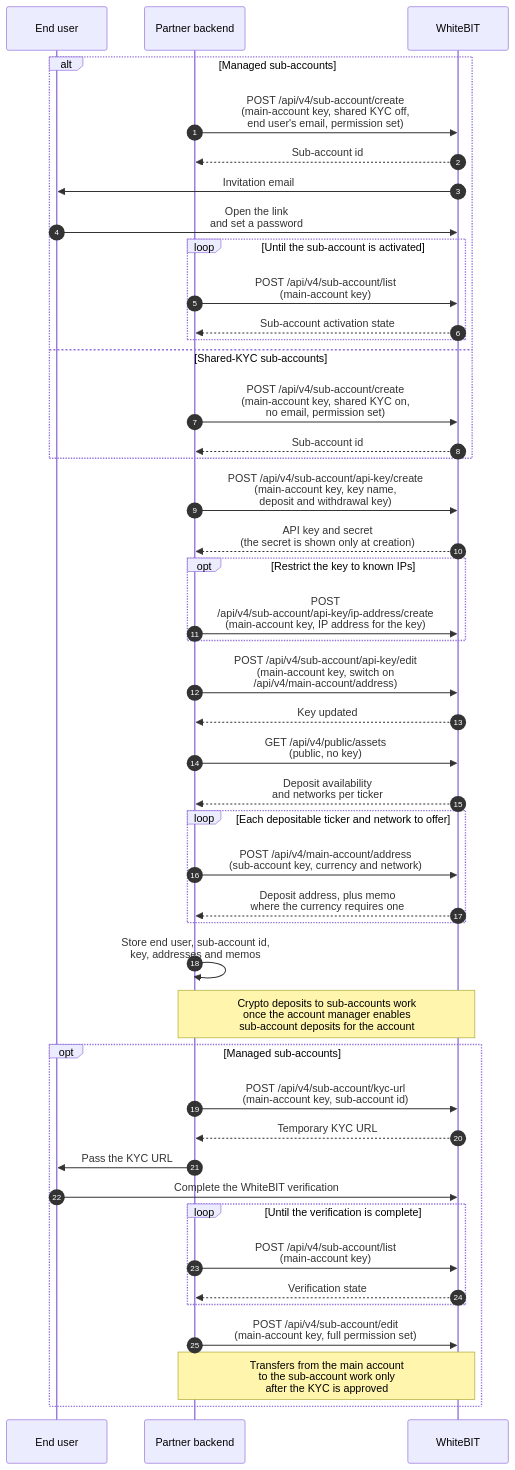
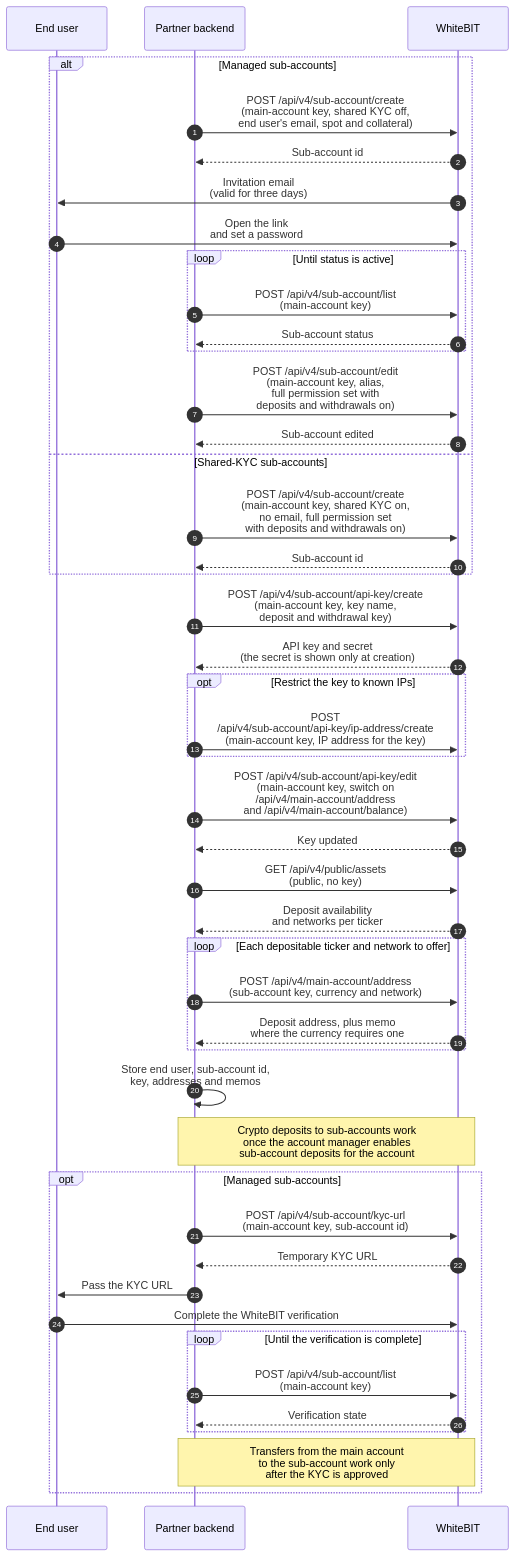
One commit to whitebit-exchange/docs changed the first of 5 diagrams in guides/waas-integration.mdx. Above: the diagram before and after it, drawn with Mermaid. The commit also changed other lines of this file and 15 other files, not shown here.

First line of the commit message:
docs(api): wait for active, then edit permissions

````diff
--- a/guides/waas-integration.mdx
+++ b/guides/waas-integration.mdx
@@ -80,48 +83,49 @@
 ```mermaid
 sequenceDiagram
     autonumber
     participant U as End user
     participant P as Partner backend
     participant W as WhiteBIT
 
     alt Managed sub-accounts
-        P->>W: POST /api/v4/sub-account/create<br/>(main-account key, shared KYC off,<br/>end user's email, permission set)
+        P->>W: POST /api/v4/sub-account/create<br/>(main-account key, shared KYC off,<br/>end user's email, spot and collateral)
         W-->>P: Sub-account id
-        W->>U: Invitation email
+        W->>U: Invitation email<br/>(valid for three days)
         U->>W: Open the link<br/>and set a password
-        loop Until the sub-account is activated
+        loop Until status is active
             P->>W: POST /api/v4/sub-account/list<br/>(main-account key)
-            W-->>P: Sub-account activation state
+            W-->>P: Sub-account status
         end
+        P->>W: POST /api/v4/sub-account/edit<br/>(main-account key, alias,<br/>full permission set with<br/>deposits and withdrawals on)
+        W-->>P: Sub-account edited
     else Shared-KYC sub-accounts
-        P->>W: POST /api/v4/sub-account/create<br/>(main-account key, shared KYC on,<br/>no email, permission set)
+        P->>W: POST /api/v4/sub-account/create<br/>(main-account key, shared KYC on,<br/>no email, full permission set<br/>with deposits and withdrawals on)
         W-->>P: Sub-account id
     end
     P->>W: POST /api/v4/sub-account/api-key/create<br/>(main-account key, key name,<br/>deposit and withdrawal key)
     W-->>P: API key and secret<br/>(the secret is shown only at creation)
     opt Restrict the key to known IPs
         P->>W: POST<br/>/api/v4/sub-account/api-key/ip-address/create<br/>(main-account key, IP address for the key)
     end
-    P->>W: POST /api/v4/sub-account/api-key/edit<br/>(main-account key, switch on<br/>/api/v4/main-account/address)
+    P->>W: POST /api/v4/sub-account/api-key/edit<br/>(main-account key, switch on<br/>/api/v4/main-account/address<br/>and /api/v4/main-account/balance)
     W-->>P: Key updated
     P->>W: GET /api/v4/public/assets<br/>(public, no key)
     W-->>P: Deposit availability<br/>and networks per ticker
     loop Each depositable ticker and network to offer
         P->>W: POST /api/v4/main-account/address<br/>(sub-account key, currency and network)
         W-->>P: Deposit address, plus memo<br/>where the currency requires one
     end
     P->>P: Store end user, sub-account id,<br/>key, addresses and memos
     Note over P,W: Crypto deposits to sub-accounts work<br/>once the account manager enables<br/>sub-account deposits for the account
     opt Managed sub-accounts
         P->>W: POST /api/v4/sub-account/kyc-url<br/>(main-account key, sub-account id)
         W-->>P: Temporary KYC URL
         P->>U: Pass the KYC URL
         U->>W: Complete the WhiteBIT verification
         loop Until the verification is complete
             P->>W: POST /api/v4/sub-account/list<br/>(main-account key)
             W-->>P: Verification state
         end
-        P->>W: POST /api/v4/sub-account/edit<br/>(main-account key, full permission set)
         Note over P,W: Transfers from the main account<br/>to the sub-account work only<br/>after the KYC is approved
     end
 ```
````
